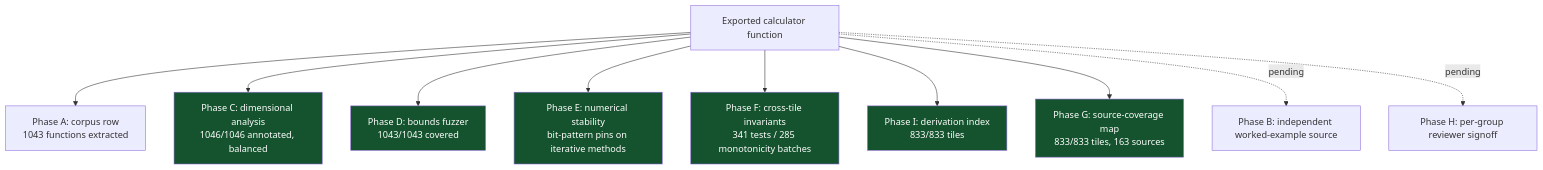
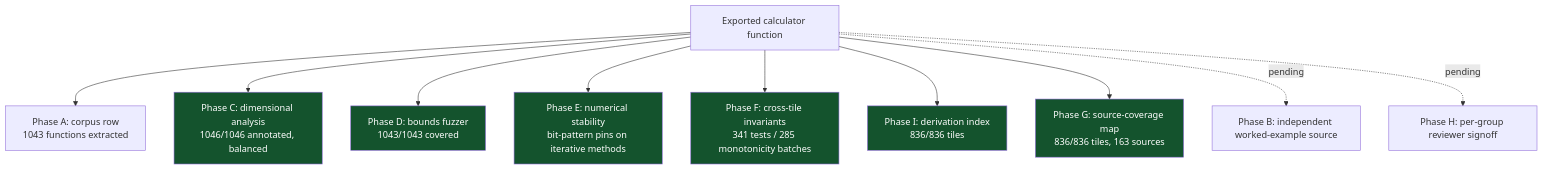
One commit to clay-good/roughlogic.com changed the sixth of 8 diagrams in README.md. Above: the diagram before and after it, drawn with Mermaid. The commit also changed other lines of this file and 19 other files, not shown here.

````diff
--- a/README.md
+++ b/README.md
@@ -519,18 +519,18 @@
 ```mermaid
 flowchart TB
     F[Exported calculator function] --> A[Phase A: corpus row\n1043 functions extracted]
     F --> C[Phase C: dimensional analysis\n1046/1046 annotated, balanced]
     F --> D[Phase D: bounds fuzzer\n1043/1043 covered]
     F --> E[Phase E: numerical stability\nbit-pattern pins on iterative methods]
     F --> Fa[Phase F: cross-tile invariants\n341 tests / 285 monotonicity batches]
-    F --> I[Phase I: derivation index\n833/833 tiles]
-    F --> G[Phase G: source-coverage map\n833/833 tiles, 163 sources]
+    F --> I[Phase I: derivation index\n836/836 tiles]
+    F --> G[Phase G: source-coverage map\n836/836 tiles, 163 sources]
     F -.pending.-> B[Phase B: independent worked-example source]
     F -.pending.-> H[Phase H: per-group reviewer signoff]
     style C fill:#14532d,color:#fff
     style D fill:#14532d,color:#fff
     style E fill:#14532d,color:#fff
     style Fa fill:#14532d,color:#fff
     style G fill:#14532d,color:#fff
     style I fill:#14532d,color:#fff
 ```
````
